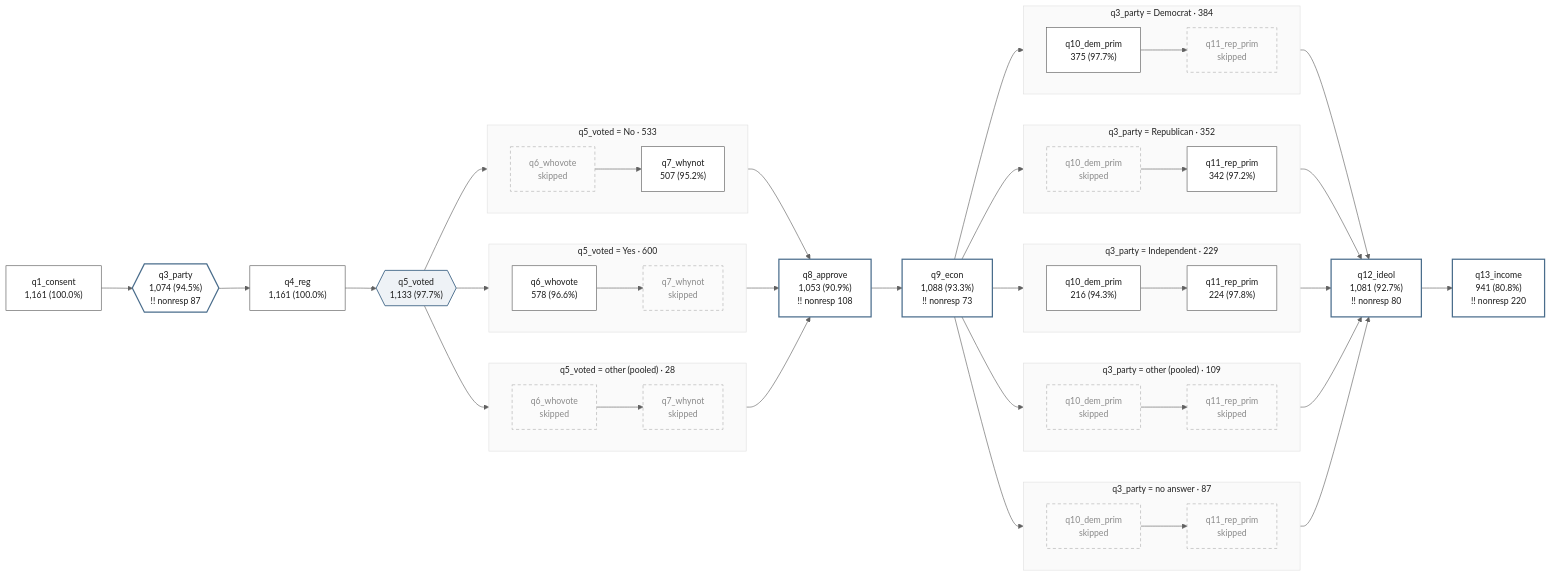
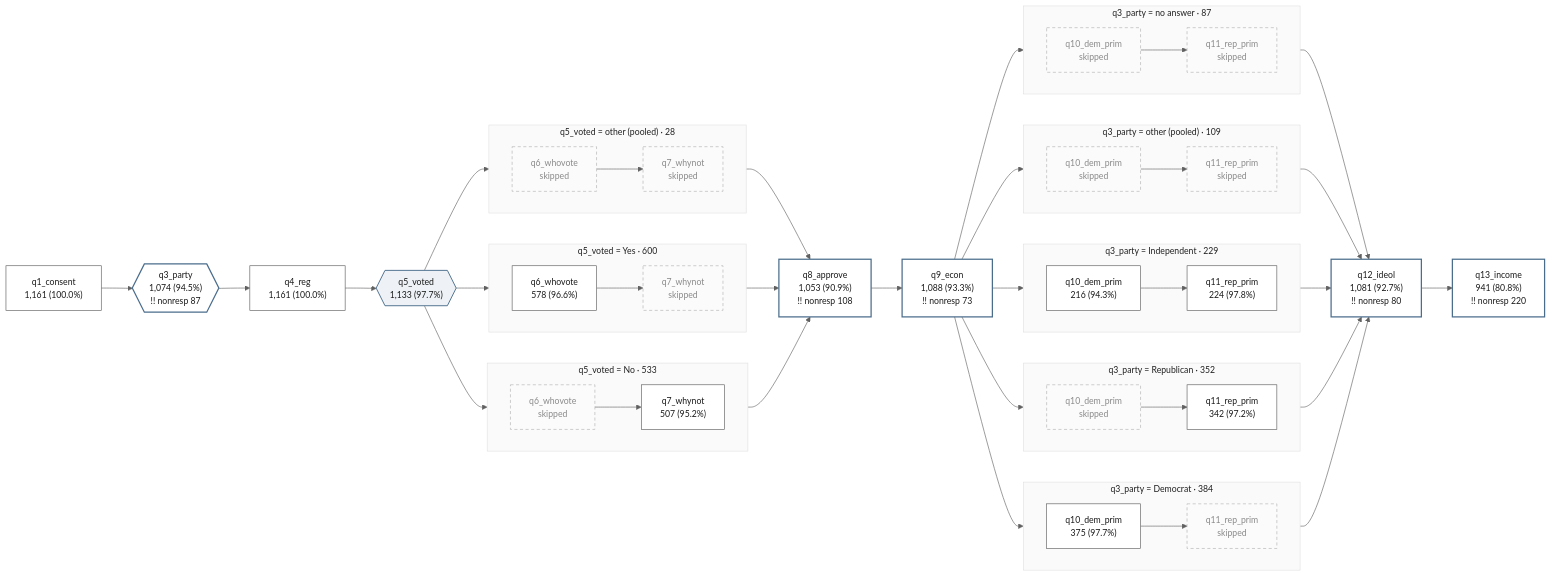
Before and after one commit to ericabooth/surveymap-stata-public: the diagram in gallery/g_map.mmd, drawn with Mermaid. The commit also changed 30 other files, not shown here.

```diff
--- a/gallery/g_map.mmd
+++ b/gallery/g_map.mmd
@@ -1,91 +1,91 @@
 %%{init: {'theme':'base','themeVariables':{'fontFamily':'Helvetica, Arial, sans-serif','fontSize':'14px','primaryColor':'#ffffff','primaryTextColor':'#202020','primaryBorderColor':'#606060','lineColor':'#606060','secondaryColor':'#f4f4f4','tertiaryColor':'#fafafa','edgeLabelBackground':'#ffffff','titleColor':'#202020'}}}%%
-%% surveymap _sm_rendertext 0.1.0 - journal g_branched.tsv - rendered 24 Aug 2026 03:44:45 - Stata 19.5 MP
+%% surveymap _sm_rendertext 0.1.0 - journal g_branched.tsv - rendered 24 Aug 2026 03:53:17 - Stata 19.5 MP
 flowchart LR
   accTitle: surveymap flow of g_branched.tsv
   accDescr {
     1,161 respondents, 12 items, 2 gates. Items run left to right in questionnaire order; a gate fans the sample into lanes that rejoin the spine at the end of its segment. A dashed node is a cell the lane was routed around. Two exclamation marks flag a warning. Counts are unweighted and percentages are weighted.
   }
   classDef default fill:#ffffff,stroke:#5a5a5a,color:#1a1a1a,stroke-width:1px;
   classDef smghost fill:#fbfbfb,stroke:#b0b0b0,stroke-dasharray: 5 4,color:#8a8a8a,stroke-width:1px;
   classDef smwarn fill:#ffffff,stroke:#4a6d8c,stroke-width:2px,color:#1a1a1a;
   classDef smgate fill:#eef2f6,stroke:#4a6d8c,stroke-width:1.5px,color:#1a1a1a;
   n1["q1_consent<br/>1,161 (100.0%)"]
   n2{{"q3_party<br/>1,074 (94.5%)<br/>!! nonresp 87"}}
   n3["q4_reg<br/>1,161 (100.0%)"]
   n4{{"q5_voted<br/>1,133 (97.7%)"}}
-  subgraph SG4x3["q5_voted = other (pooled) · 28"]
+  subgraph SG4x1["q5_voted = No · 533"]
     direction LR
-  n5v3["q6_whovote<br/>skipped"]
-  n6v3["q7_whynot<br/>skipped"]
+  n5v1["q6_whovote<br/>skipped"]
+  n6v1["q7_whynot<br/>507 (95.2%)"]
   end
   subgraph SG4x2["q5_voted = Yes · 600"]
     direction LR
   n5v2["q6_whovote<br/>578 (96.6%)"]
   n6v2["q7_whynot<br/>skipped"]
   end
-  subgraph SG4x1["q5_voted = No · 533"]
+  subgraph SG4x3["q5_voted = other (pooled) · 28"]
     direction LR
-  n5v1["q6_whovote<br/>skipped"]
-  n6v1["q7_whynot<br/>507 (95.2%)"]
+  n5v3["q6_whovote<br/>skipped"]
+  n6v3["q7_whynot<br/>skipped"]
   end
   n7["q8_approve<br/>1,053 (90.9%)<br/>!! nonresp 108"]
   n8["q9_econ<br/>1,088 (93.3%)<br/>!! nonresp 73"]
-  subgraph SG2x5["q3_party = no answer · 87"]
+  subgraph SG2x1["q3_party = Democrat · 384"]
     direction LR
-  n9v5["q10_dem_prim<br/>skipped"]
-  n10v5["q11_rep_prim<br/>skipped"]
+  n9v1["q10_dem_prim<br/>375 (97.7%)"]
+  n10v1["q11_rep_prim<br/>skipped"]
+  end
+  subgraph SG2x2["q3_party = Republican · 352"]
+    direction LR
+  n9v2["q10_dem_prim<br/>skipped"]
+  n10v2["q11_rep_prim<br/>342 (97.2%)"]
+  end
+  subgraph SG2x3["q3_party = Independent · 229"]
+    direction LR
+  n9v3["q10_dem_prim<br/>216 (94.3%)"]
+  n10v3["q11_rep_prim<br/>224 (97.8%)"]
   end
   subgraph SG2x4["q3_party = other (pooled) · 109"]
     direction LR
   n9v4["q10_dem_prim<br/>skipped"]
   n10v4["q11_rep_prim<br/>skipped"]
   end
-  subgraph SG2x3["q3_party = Independent · 229"]
+  subgraph SG2x5["q3_party = no answer · 87"]
     direction LR
-  n9v3["q10_dem_prim<br/>216 (94.3%)"]
-  n10v3["q11_rep_prim<br/>224 (97.8%)"]
-  end
-  subgraph SG2x2["q3_party = Republican · 352"]
-    direction LR
-  n9v2["q10_dem_prim<br/>skipped"]
-  n10v2["q11_rep_prim<br/>342 (97.2%)"]
-  end
-  subgraph SG2x1["q3_party = Democrat · 384"]
-    direction LR
-  n9v1["q10_dem_prim<br/>375 (97.7%)"]
-  n10v1["q11_rep_prim<br/>skipped"]
+  n9v5["q10_dem_prim<br/>skipped"]
+  n10v5["q11_rep_prim<br/>skipped"]
   end
   n11["q12_ideol<br/>1,081 (92.7%)<br/>!! nonresp 80"]
   n12["q13_income<br/>941 (80.8%)<br/>!! nonresp 220"]
   n1 --> n2
   n2 --> n3
   n3 --> n4
+  n4 --> n5v1
+  n5v1 --> n6v1
+  n6v1 --> n7
+  n4 --> n5v2
+  n5v2 --> n6v2
+  n6v2 --> n7
   n4 --> n5v3
   n5v3 --> n6v3
   n6v3 --> n7
-  n4 --> n5v2
-  n5v2 --> n6v2
-  n6v2 --> n7
-  n4 --> n5v1
-  n5v1 --> n6v1
-  n6v1 --> n7
   n7 --> n8
+  n8 --> n9v1
+  n9v1 --> n10v1
+  n10v1 --> n11
+  n8 --> n9v2
+  n9v2 --> n10v2
+  n10v2 --> n11
+  n8 --> n9v3
+  n9v3 --> n10v3
+  n10v3 --> n11
+  n8 --> n9v4
+  n9v4 --> n10v4
+  n10v4 --> n11
   n8 --> n9v5
   n9v5 --> n10v5
   n10v5 --> n11
-  n8 --> n9v4
-  n9v4 --> n10v4
-  n10v4 --> n11
-  n8 --> n9v3
-  n9v3 --> n10v3
-  n10v3 --> n11
-  n8 --> n9v2
-  n9v2 --> n10v2
-  n10v2 --> n11
-  n8 --> n9v1
-  n9v1 --> n10v1
-  n10v1 --> n11
   n11 --> n12
   class n4 smgate;
-  class n5v3,n6v3,n6v2,n5v1,n9v5,n10v5,n9v4,n10v4,n9v2,n10v1 smghost;
+  class n5v1,n6v2,n5v3,n6v3,n10v1,n9v2,n9v4,n10v4,n9v5,n10v5 smghost;
   class n2,n7,n8,n11,n12 smwarn;
```
